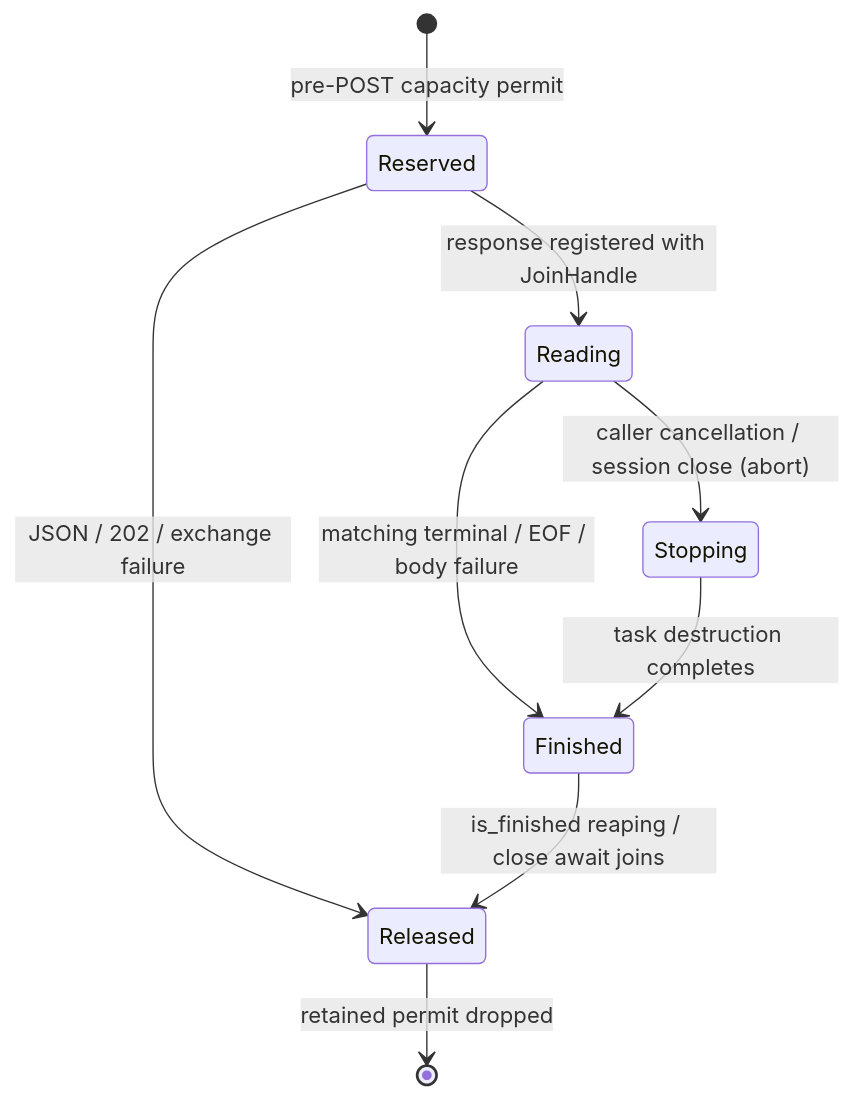
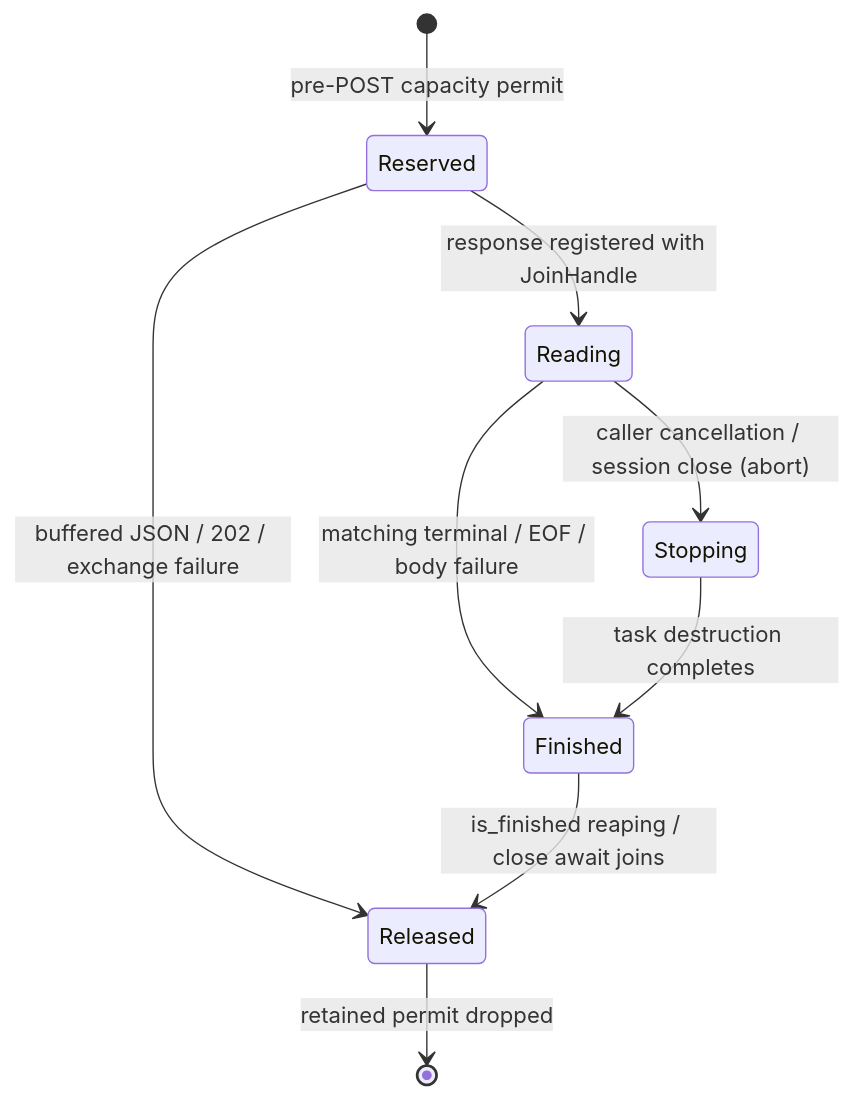
The second of 8 diagrams in docs/adr/todo/392-remote-mcp-servers.md (nessalabs/nessa-agent), drawn with Mermaid before and after one commit. The commit also changed other lines of this file and 9 other files, not shown here.

````diff
--- a/docs/adr/todo/392-remote-mcp-servers.md
+++ b/docs/adr/todo/392-remote-mcp-servers.md
@@ -320,11 +320,11 @@
 ```mermaid
 stateDiagram-v2
     [*] --> Reserved: pre-POST capacity permit
     Reserved --> Reading: response registered with JoinHandle
-    Reserved --> Released: JSON / 202 / exchange failure
+    Reserved --> Released: buffered JSON / 202 / exchange failure
     Reading --> Finished: matching terminal / EOF / body failure
     Reading --> Stopping: caller cancellation / session close (abort)
     Stopping --> Finished: task destruction completes
     Finished --> Released: is_finished reaping / close await joins
     Released --> [*]: retained permit dropped
 ```
````
